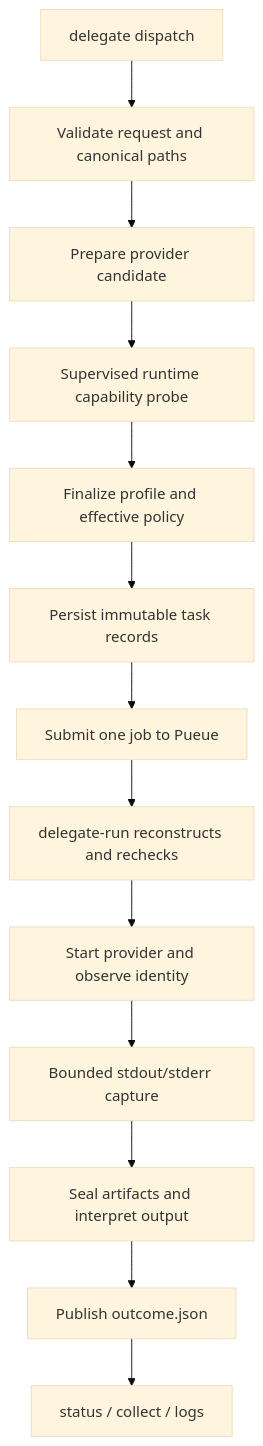
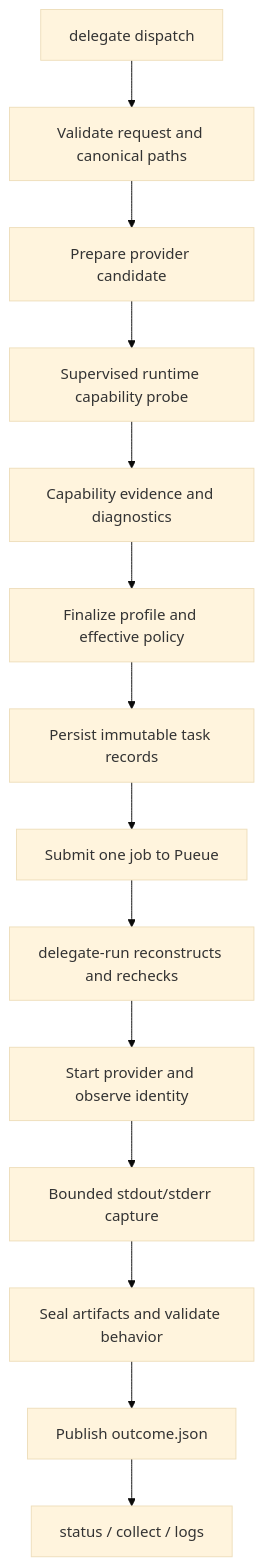
The diagram in docs/architecture.md (hishamkaram/delegation-layer), drawn with Mermaid (base theme) before and after one commit. The commit also changed other lines of this file and 31 other files, not shown here.

````diff
--- a/docs/architecture.md
+++ b/docs/architecture.md
@@ -8,15 +8,16 @@
 ```mermaid
 flowchart TD
     A[delegate dispatch] --> B[Validate request and canonical paths]
     B --> C[Prepare provider candidate]
     C --> D[Supervised runtime capability probe]
-    D --> E[Finalize profile and effective policy]
-    E --> F[Persist immutable task records]
-    F --> G[Submit one job to Pueue]
-    G --> H[delegate-run reconstructs and rechecks]
-    H --> I[Start provider and observe identity]
-    I --> J[Bounded stdout/stderr capture]
-    J --> K[Seal artifacts and interpret output]
-    K --> L[Publish outcome.json]
-    L --> M[status / collect / logs]
+    D --> E[Capability evidence and diagnostics]
+    E --> F[Finalize profile and effective policy]
+    F --> G[Persist immutable task records]
+    G --> H[Submit one job to Pueue]
+    H --> I[delegate-run reconstructs and rechecks]
+    I --> J[Start provider and observe identity]
+    J --> K[Bounded stdout/stderr capture]
+    K --> L[Seal artifacts and validate behavior]
+    L --> M[Publish outcome.json]
+    M --> N[status / collect / logs]
 ```
````
